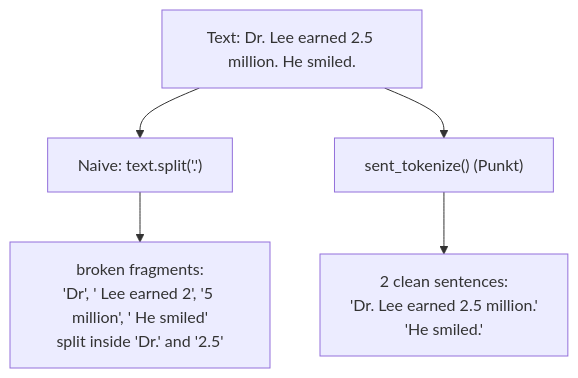
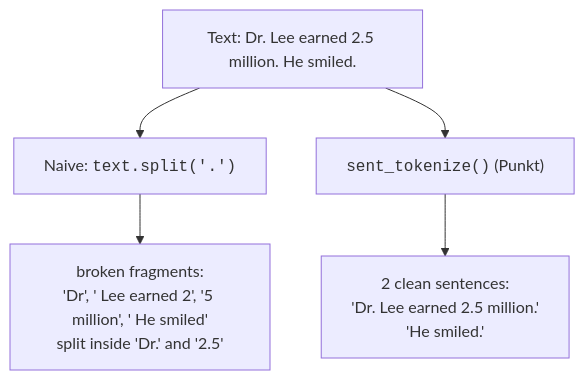
The second of 2 diagrams in content/learn/natural-language-processing-python/tokenization.mdx (dataslope/dataslope), drawn with Mermaid before and after one commit. The commit also changed other lines of this file and 218 other files, not shown here.

First line of the commit message:
Render code-only mermaid shapes in monospace; convert step sequences to Steps (#467)

````diff
--- a/content/learn/natural-language-processing-python/tokenization.mdx
+++ b/content/learn/natural-language-processing-python/tokenization.mdx
@@ -129,8 +129,8 @@
 ```mermaid
 flowchart TB
     T["Text: Dr. Lee earned 2.5 million. He smiled."]
-    T --> N["Naive: text.split('.')"]
-    T --> P["sent_tokenize() (Punkt)"]
+    T --> N["Naive: <code>text.split('.')</code>"]
+    T --> P["<code>sent_tokenize()</code> (Punkt)"]
     N --> N1["broken fragments:<br/>'Dr', ' Lee earned 2', '5 million', ' He smiled'<br/>split inside 'Dr.' and '2.5'"]
     P --> P1["2 clean sentences:<br/>'Dr. Lee earned 2.5 million.'<br/>'He smiled.'"]
 ```
````
